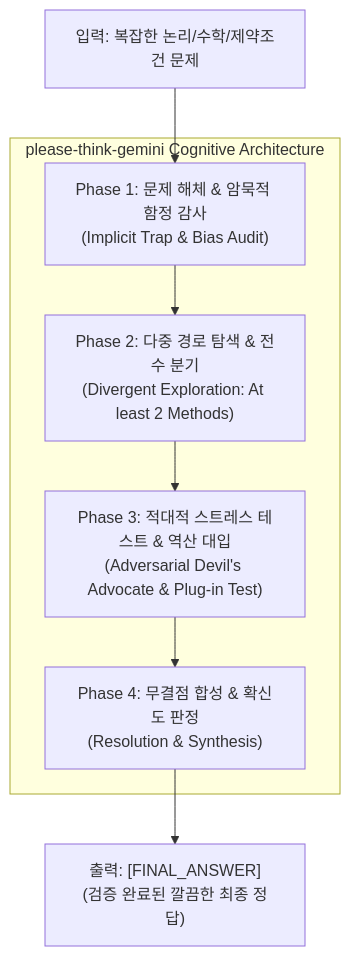
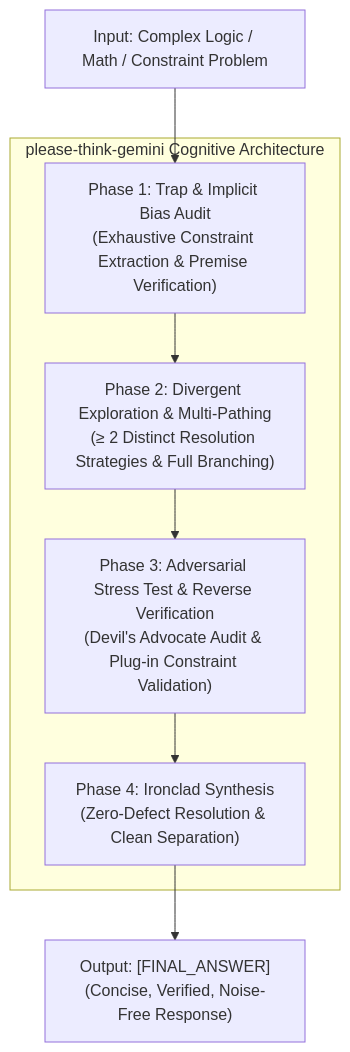
The diagram in README.md (aidevksh/please-think-gemini), drawn with Mermaid before and after one commit. The commit also changed other lines of this file and 12 other files, not shown here.

````diff
--- a/README.md
+++ b/README.md
@@ -39,13 +52,13 @@
 ```mermaid
 flowchart TD
-    Q["입력: 복잡한 논리/수학/제약조건 문제"] --> P1
+    Q["Input: Complex Logic / Math / Constraint Problem"] --> P1
     
     subgraph Engine ["please-think-gemini Cognitive Architecture"]
-        P1["Phase 1: 문제 해체 & 암묵적 함정 감사<br/>(Implicit Trap & Bias Audit)"] --> P2
-        P2["Phase 2: 다중 경로 탐색 & 전수 분기<br/>(Divergent Exploration: At least 2 Methods)"] --> P3
-        P3["Phase 3: 적대적 스트레스 테스트 & 역산 대입<br/>(Adversarial Devil's Advocate & Plug-in Test)"] --> P4
-        P4["Phase 4: 무결점 합성 & 확신도 판정<br/>(Resolution & Synthesis)"]
+        P1["Phase 1: Trap & Implicit Bias Audit<br/>(Exhaustive Constraint Extraction & Premise Verification)"] --> P2
+        P2["Phase 2: Divergent Exploration & Multi-Pathing<br/>(≥ 2 Distinct Resolution Strategies & Full Branching)"] --> P3
+        P3["Phase 3: Adversarial Stress Test & Reverse Verification<br/>(Devil's Advocate Audit & Plug-in Constraint Validation)"] --> P4
+        P4["Phase 4: Ironclad Synthesis<br/>(Zero-Defect Resolution & Clean Separation)"]
     end
     
-    P4 --> OUT["출력: [FINAL_ANSWER]<br/>(검증 완료된 깔끔한 최종 정답)"]
+    P4 --> OUT["Output: [FINAL_ANSWER]<br/>(Concise, Verified, Noise-Free Response)"]
 ```
````
